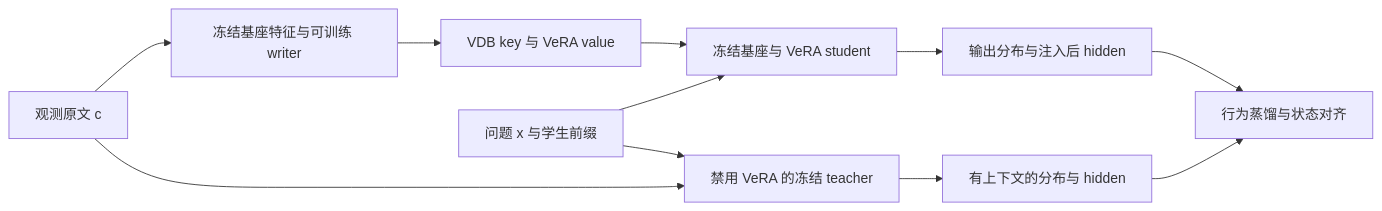
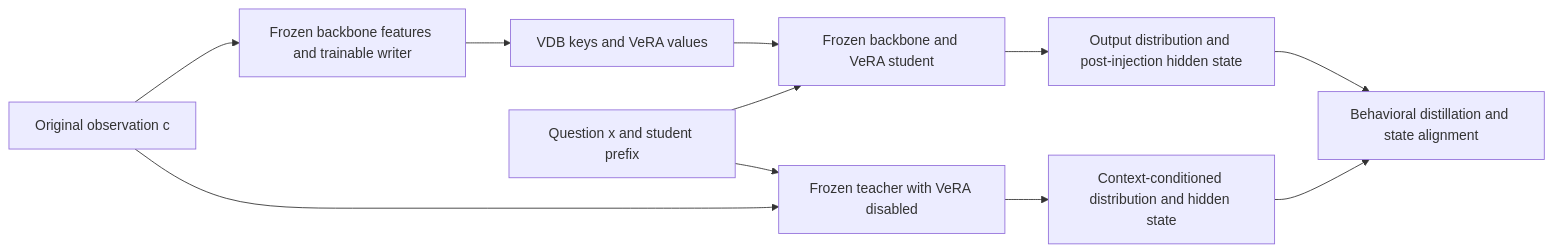
Before and after one commit to Concyclics/VeRA-Mem: the diagram in docs/context_distillation_results.md, drawn with Mermaid. The commit also changed other lines of this file and 58 other files, not shown here.

````diff
--- a/docs/context_distillation_results.md
+++ b/docs/context_distillation_results.md
@@ -22,13 +22,13 @@
 ```mermaid
 flowchart LR
-  C[观测原文 c] --> W[冻结基座特征与可训练 writer]
-  W --> M[VDB key 与 VeRA value]
-  X[问题 x 与学生前缀] --> S[冻结基座与 VeRA student]
+  C[Original observation c] --> W[Frozen backbone features and trainable writer]
+  W --> M[VDB keys and VeRA values]
+  X[Question x and student prefix] --> S[Frozen backbone and VeRA student]
   M --> S
-  C --> T[禁用 VeRA 的冻结 teacher]
+  C --> T[Frozen teacher with VeRA disabled]
   X --> T
-  S --> SH[输出分布与注入后 hidden]
-  T --> TH[有上下文的分布与 hidden]
-  SH --> L[行为蒸馏与状态对齐]
+  S --> SH[Output distribution and post-injection hidden state]
+  T --> TH[Context-conditioned distribution and hidden state]
+  SH --> L[Behavioral distillation and state alignment]
   TH --> L
 ```
````
